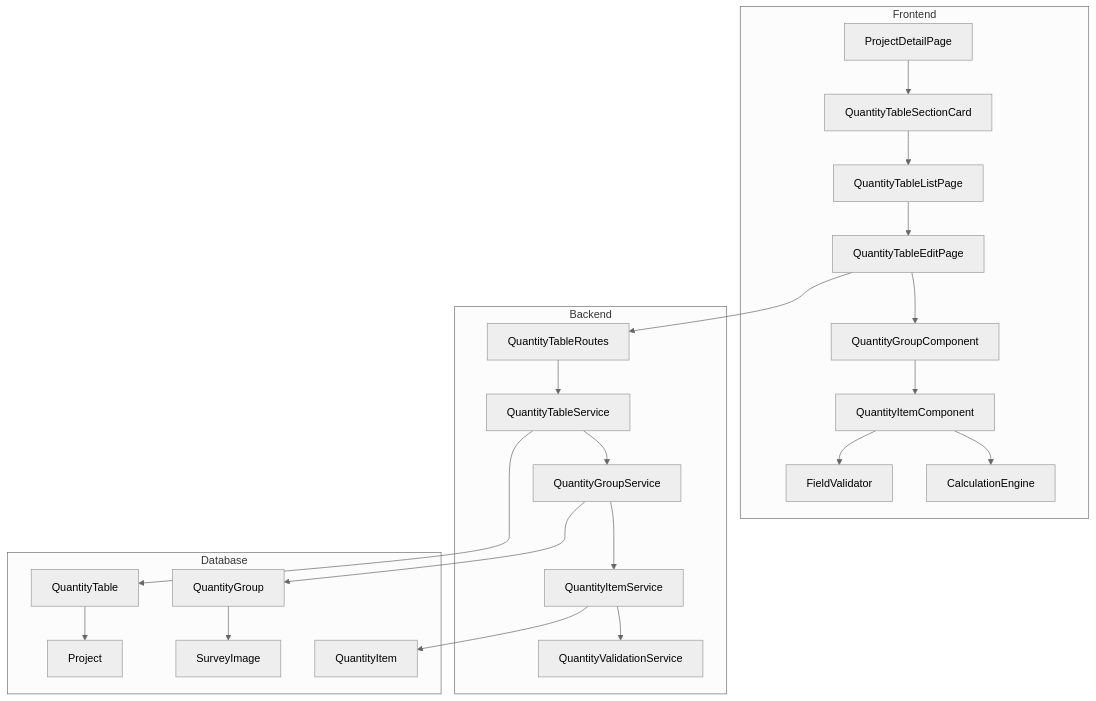
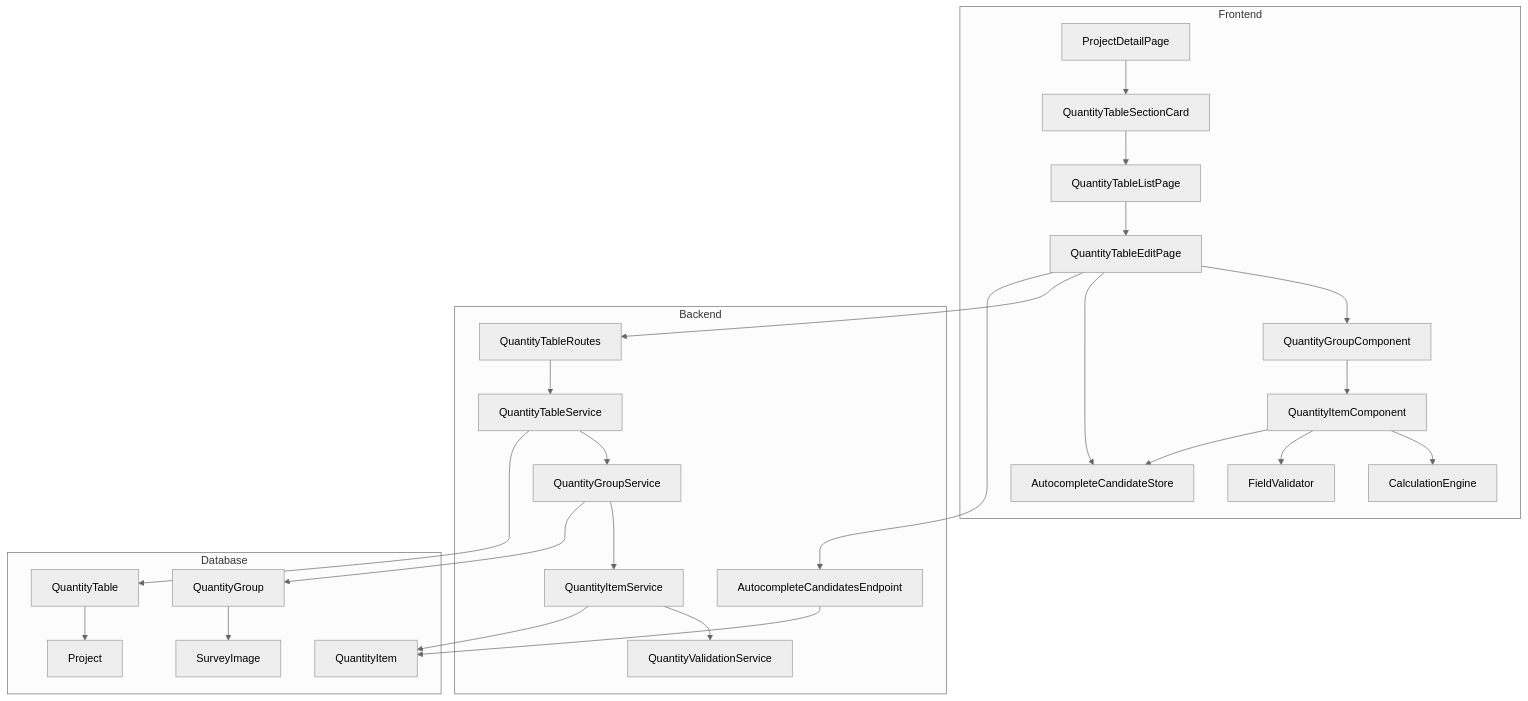
One commit to inakanou/ArchiTrack changed the first of 4 diagrams in .kiro/specs/quantity-table-generation/design.md. Above: the diagram before and after it, drawn with Mermaid (neutral theme). The commit also changed other lines of this file and 3 other files, not shown here.

````diff
--- a/.kiro/specs/quantity-table-generation/design.md
+++ b/.kiro/specs/quantity-table-generation/design.md
@@ -40,49 +40,55 @@
 ```mermaid
 graph TB
     subgraph Frontend
         PDP[ProjectDetailPage]
         QTL[QuantityTableListPage]
         QTE[QuantityTableEditPage]
         QTS[QuantityTableSectionCard]
         QGC[QuantityGroupComponent]
         QIC[QuantityItemComponent]
         CE[CalculationEngine]
         FV[FieldValidator]
+        ACS[AutocompleteCandidateStore]
     end
 
     subgraph Backend
         QTR[QuantityTableRoutes]
         QTSV[QuantityTableService]
         QGSV[QuantityGroupService]
         QISV[QuantityItemService]
         QVS[QuantityValidationService]
+        ACSV[AutocompleteCandidatesEndpoint]
     end
 
     subgraph Database
         PJ[Project]
         QT[QuantityTable]
         QG[QuantityGroup]
         QI[QuantityItem]
         SI[SurveyImage]
     end
 
     PDP --> QTS
     QTS --> QTL
     QTL --> QTE
     QTE --> QGC
+    QTE --> ACS
     QGC --> QIC
     QIC --> CE
     QIC --> FV
+    QIC --> ACS
 
     QTE --> QTR
+    QTE --> ACSV
     QTR --> QTSV
     QTSV --> QGSV
     QGSV --> QISV
     QISV --> QVS
 
     QTSV --> QT
     QGSV --> QG
     QISV --> QI
     QG --> SI
     QT --> PJ
+    ACSV --> QI
 ```
````
